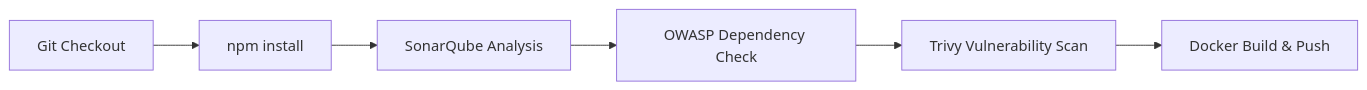
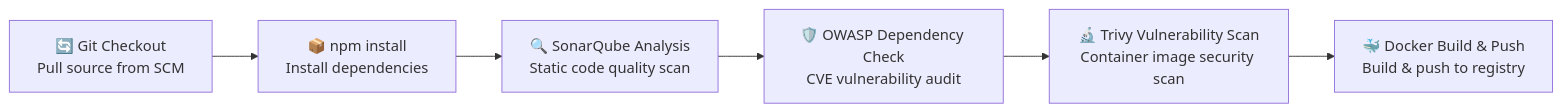
Before and after one commit to shreedharkb/Speechify: the third of 3 diagrams in README.md, drawn with Mermaid. The commit also changed other lines of this file, not shown here.

Commit message:
docs: update README with deployment badges, refined feature descriptions, and enhanced system architecture diagrams

````diff
--- a/README.md
+++ b/README.md
@@ -313,8 +378,8 @@
 ```mermaid
 flowchart LR
-    A[Git Checkout] --> B[npm install]
-    B --> C[SonarQube Analysis]
-    C --> D[OWASP Dependency Check]
-    D --> E[Trivy Vulnerability Scan]
-    E --> F[Docker Build & Push]
+    A["🔄 Git Checkout<br>Pull source from SCM"] --> B["📦 npm install<br>Install dependencies"]
+    B --> C["🔍 SonarQube Analysis<br>Static code quality scan"]
+    C --> D["🛡️ OWASP Dependency Check<br>CVE vulnerability audit"]
+    D --> E["🔬 Trivy Vulnerability Scan<br>Container image security scan"]
+    E --> F["🐳 Docker Build & Push<br>Build & push to registry"]
 ```
````
